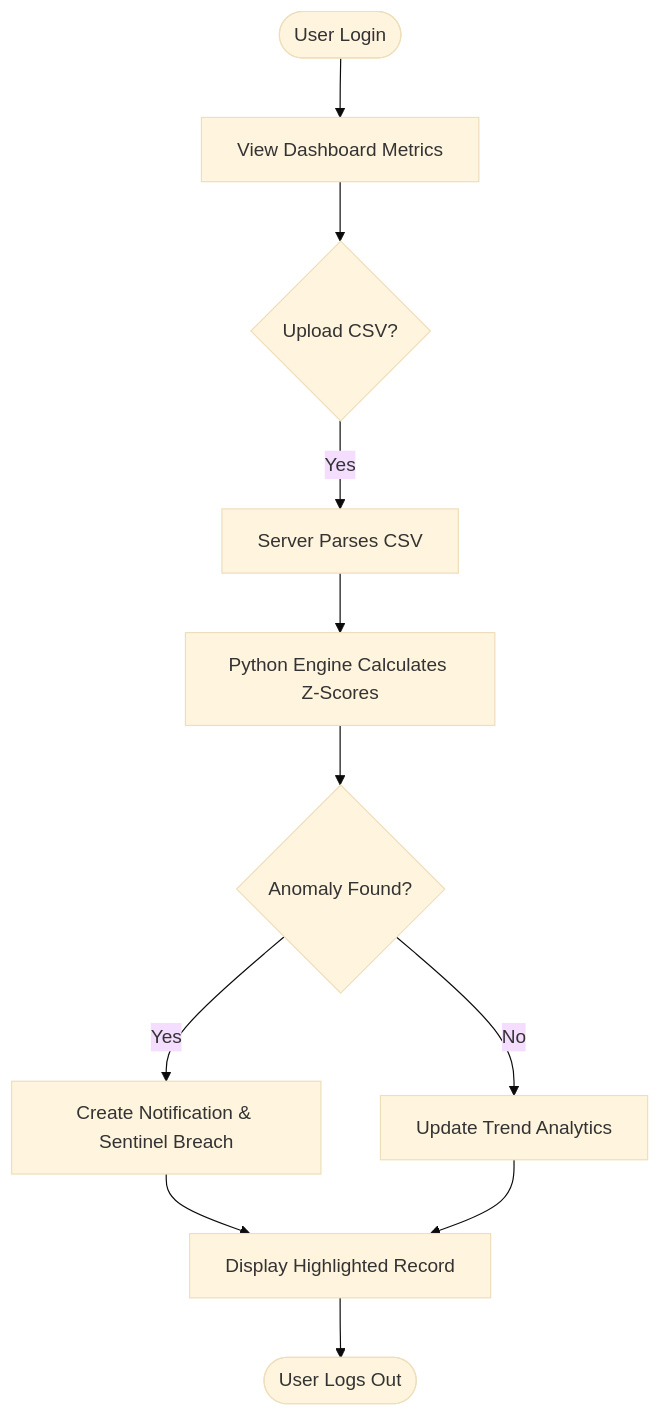
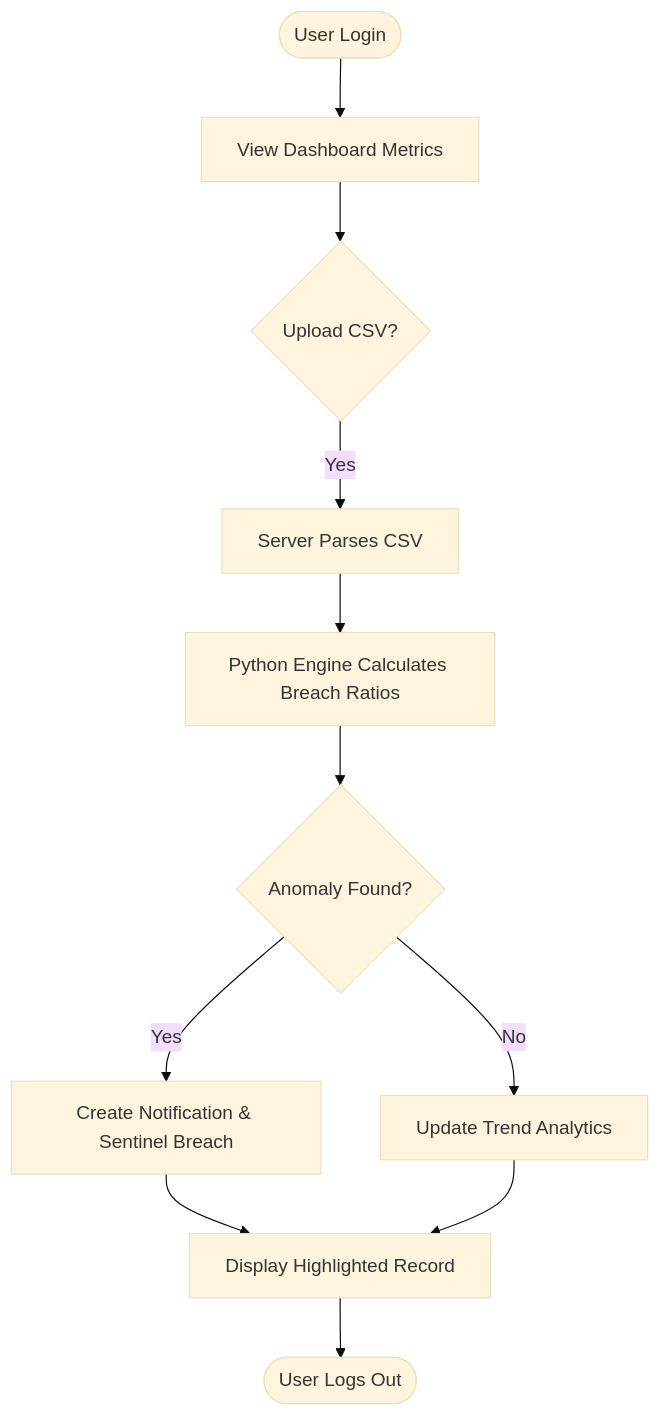
Before and after one commit to Meetrao/Vidyut: the fifth of 7 diagrams in docs/technical_documentation.md, drawn with Mermaid (base theme). The commit also changed other lines of this file and 6 other files, not shown here.

````diff
--- a/docs/technical_documentation.md
+++ b/docs/technical_documentation.md
@@ -92,13 +92,13 @@
 ```mermaid
 flowchart TD
     Start([User Login]) --> Dashboard[View Dashboard Metrics]
     Dashboard --> Upload{Upload CSV?}
     Upload -- Yes --> Process[Server Parses CSV]
-    Process --> AIDetect[Python Engine Calculates Z-Scores]
+    Process --> AIDetect[Python Engine Calculates Breach Ratios]
     AIDetect --> Anomaly{Anomaly Found?}
     Anomaly -- Yes --> Alert[Create Notification & Sentinel Breach]
     Anomaly -- No --> Healthy[Update Trend Analytics]
     Alert --> UI[Display Highlighted Record]
     Healthy --> UI
     UI --> End([User Logs Out])
 ```
````
